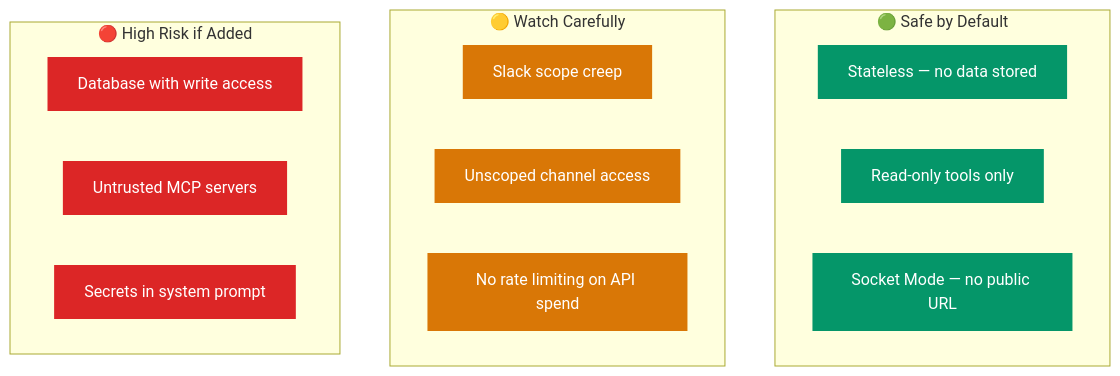
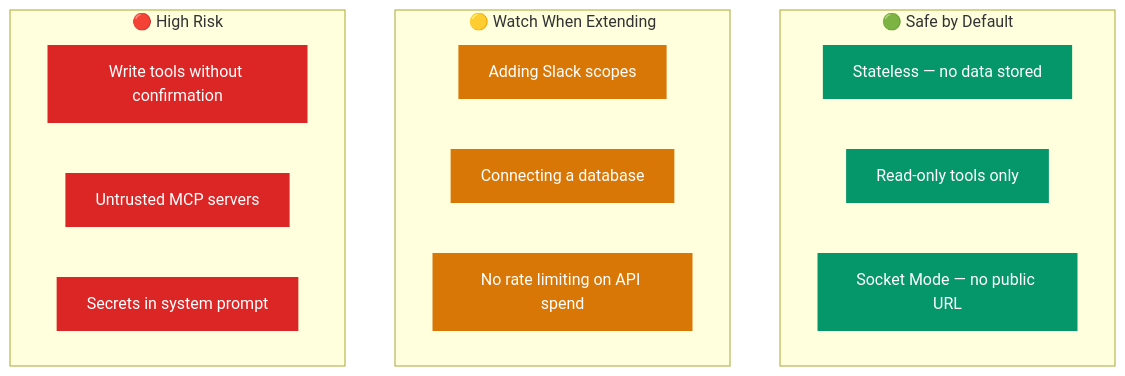
One commit to Mikeishiring/slackbot changed the eighth of 8 diagrams in README.md. Above: the diagram before and after it, drawn with Mermaid. The commit also changed other lines of this file, not shown here.

````diff
--- a/README.md
+++ b/README.md
@@ -340,30 +370,30 @@
 ```mermaid
 graph TB
     subgraph "🟢 Safe by Default"
         A["Stateless — no data stored"]
         B["Read-only tools only"]
         C["Socket Mode — no public URL"]
     end
 
-    subgraph "🟡 Watch Carefully"
-        D["Slack scope creep"]
-        E["Unscoped channel access"]
+    subgraph "🟡 Watch When Extending"
+        D["Adding Slack scopes"]
+        E["Connecting a database"]
         F["No rate limiting on API spend"]
     end
 
-    subgraph "🔴 High Risk if Added"
-        G["Database with write access"]
+    subgraph "🔴 High Risk"
+        G["Write tools without confirmation"]
         H["Untrusted MCP servers"]
         I["Secrets in system prompt"]
     end
 
     style A fill:#059669,color:#fff,stroke:none
     style B fill:#059669,color:#fff,stroke:none
     style C fill:#059669,color:#fff,stroke:none
     style D fill:#D97706,color:#fff,stroke:none
     style E fill:#D97706,color:#fff,stroke:none
     style F fill:#D97706,color:#fff,stroke:none
     style G fill:#DC2626,color:#fff,stroke:none
     style H fill:#DC2626,color:#fff,stroke:none
     style I fill:#DC2626,color:#fff,stroke:none
 ```
````
